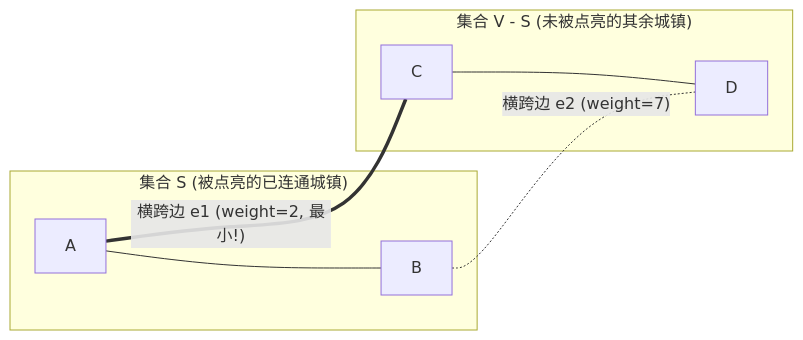
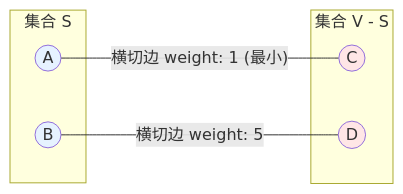
Before and after one commit to easonlines2007/easonlin-blog: the first of 2 diagrams in src/content/notes/CS61B/lecture-25.md, drawn with Mermaid. The commit also changed other lines of this file and 230 other files, not shown here.

````diff
--- a/src/content/notes/CS61B/lecture-25.md
+++ b/src/content/notes/CS61B/lecture-25.md
@@ -46,15 +51,17 @@
 ```mermaid
 graph LR
-    subgraph connected["集合 S (被点亮的已连通城镇)"]
-        A["A"]
-        B["B"]
-        A --- B
+    subgraph S ["集合 S"]
+        A((A))
+        B((B))
     end
-    subgraph unconnected["集合 V - S (未被点亮的其余城镇)"]
-        C["C"]
-        D["D"]
-        C --- D
+    subgraph VS ["集合 V - S"]
+        C((C))
+        D((D))
     end
-    A ===|"横跨边 e1 (weight=2, 最小!)"| C
-    B -.-|"横跨边 e2 (weight=7)"| D
+    A ---|"横切边 weight: 1 (最小)"| C
+    B ---|"横切边 weight: 5"| D
+    style A fill:#e6f2ff
+    style B fill:#e6f2ff
+    style C fill:#ffe6e6
+    style D fill:#ffe6e6
 ```
````
